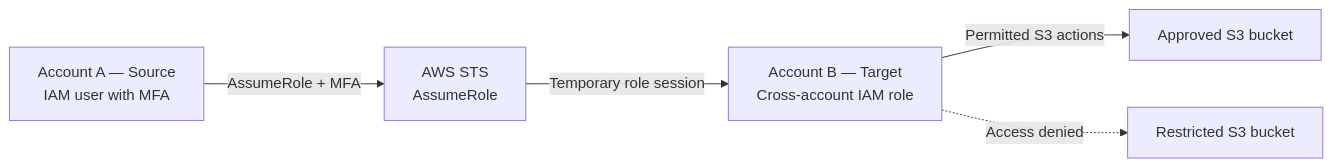
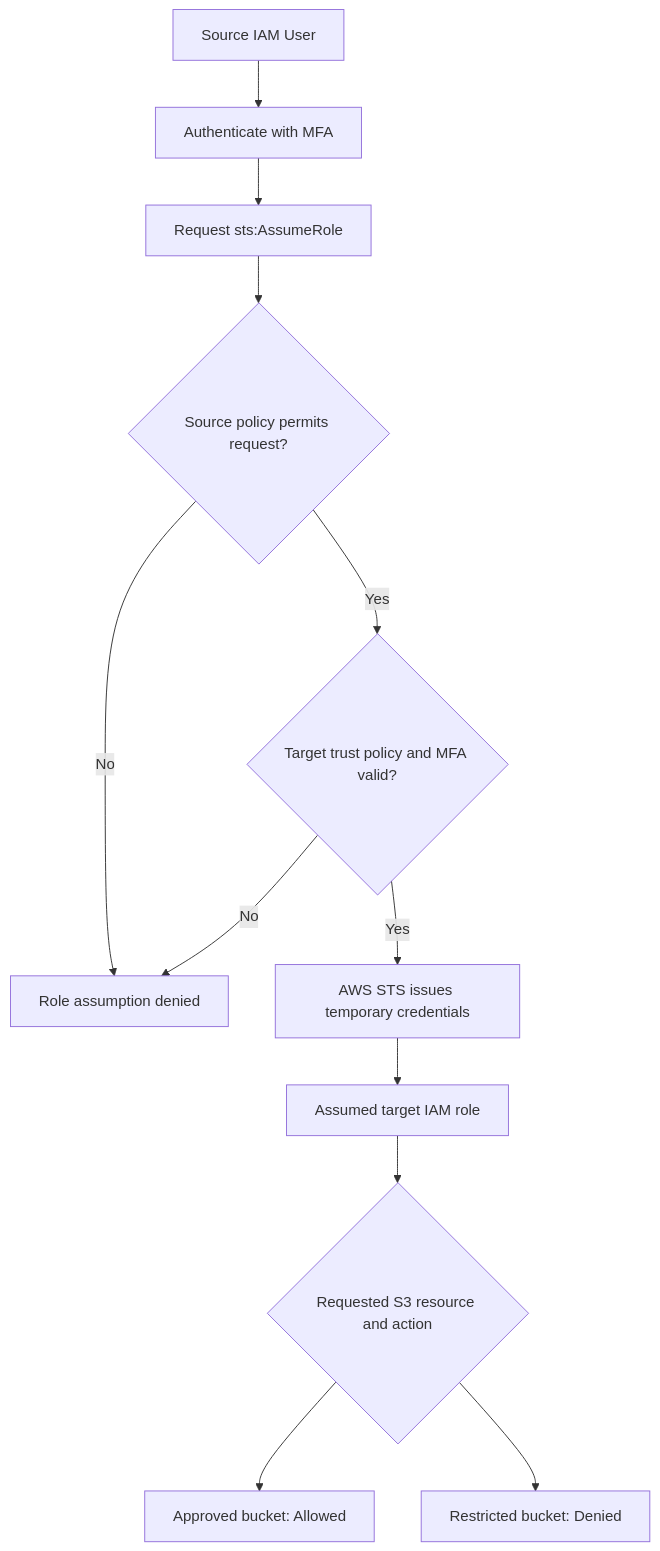
The diagram in iam-cross-account-access/README.md (revanth3v/AWS-Cloud-Security-Projects), drawn with Mermaid before and after one commit. The commit also changed other lines of this file, not shown here.

````diff
--- a/iam-cross-account-access/README.md
+++ b/iam-cross-account-access/README.md
@@ -15,13 +65,14 @@
 ```mermaid
-flowchart LR
-    A["Account A — Source<br/>IAM user with MFA"]
-    STS["AWS STS<br/>AssumeRole"]
-    B["Account B — Target<br/>Cross-account IAM role"]
-    S3A["Approved S3 bucket"]
-    S3D["Restricted S3 bucket"]
-
-    A -->|"AssumeRole + MFA"| STS
-    STS -->|"Temporary role session"| B
-    B -->|"Permitted S3 actions"| S3A
-    B -. "Access denied" .-> S3D
+flowchart TD
+    A["Source IAM User"] --> B["Authenticate with MFA"]
+    B --> C["Request sts:AssumeRole"]
+    C --> D{"Source policy permits request?"}
+    D -- No --> X["Role assumption denied"]
+    D -- Yes --> E{"Target trust policy and MFA valid?"}
+    E -- No --> X
+    E -- Yes --> F["AWS STS issues temporary credentials"]
+    F --> G["Assumed target IAM role"]
+    G --> H{"Requested S3 resource and action"}
+    H --> I["Approved bucket: Allowed"]
+    H --> J["Restricted bucket: Denied"]
 ```
````
